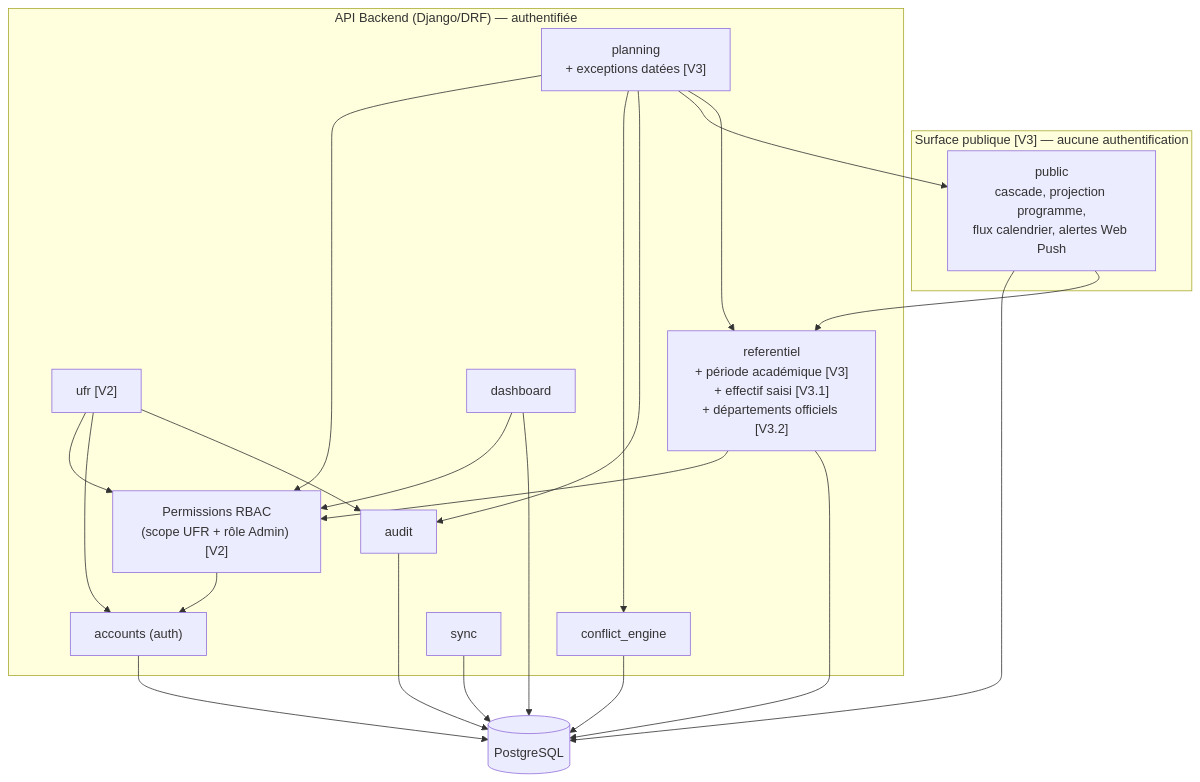
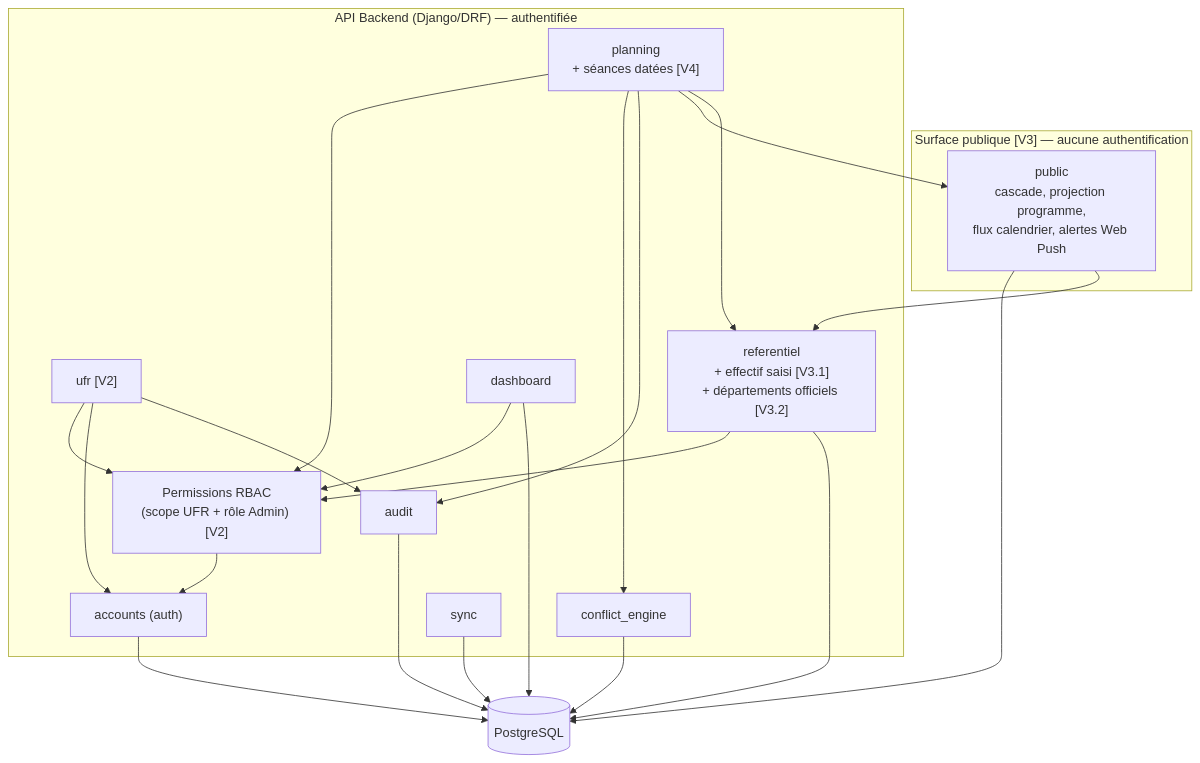
The seventh of 7 diagrams in docs/05_UML_C4_Campus_Manager.md (Kevin23phx/Gestionnaire_emploi_de_temps), drawn with Mermaid before and after one commit. The commit also changed other lines of this file and 21 other files, not shown here.

````diff
--- a/docs/05_UML_C4_Campus_Manager.md
+++ b/docs/05_UML_C4_Campus_Manager.md
@@ -260,39 +257,39 @@
 ```mermaid
 graph TB
     subgraph "Surface publique [V3] — aucune authentification"
         Pub["public<br/>cascade, projection programme,<br/>flux calendrier, alertes Web Push"]
     end
 
     subgraph "API Backend (Django/DRF) — authentifiée"
         Guard["Permissions RBAC<br/>(scope UFR + rôle Admin) [V2]"]
         Auth["accounts (auth)"]
         Ufr["ufr [V2]"]
-        Ref["referentiel<br/>+ période académique [V3]<br/>+ effectif saisi [V3.1]<br/>+ départements officiels [V3.2]"]
-        Plan["planning<br/>+ exceptions datées [V3]"]
+        Ref["referentiel<br/>+ effectif saisi [V3.1]<br/>+ départements officiels [V3.2]"]
+        Plan["planning<br/>+ séances datées [V4]"]
         Conf["conflict_engine"]
         Audit["audit"]
         Dash["dashboard"]
         Sync["sync"]
     end
     DB[("PostgreSQL")]
 
     Guard --> Auth
     Plan --> Guard
     Plan --> Conf
     Plan --> Audit
     Plan --> Pub
     Plan --> Ref
     Auth --> DB
     Ufr --> Guard
     Ufr --> Auth
     Ufr --> Audit
     Ref --> Guard
     Ref --> DB
     Conf --> DB
     Audit --> DB
     Dash --> Guard
     Dash --> DB
     Sync --> DB
     Pub --> DB
     Pub --> Ref
 ```
````
